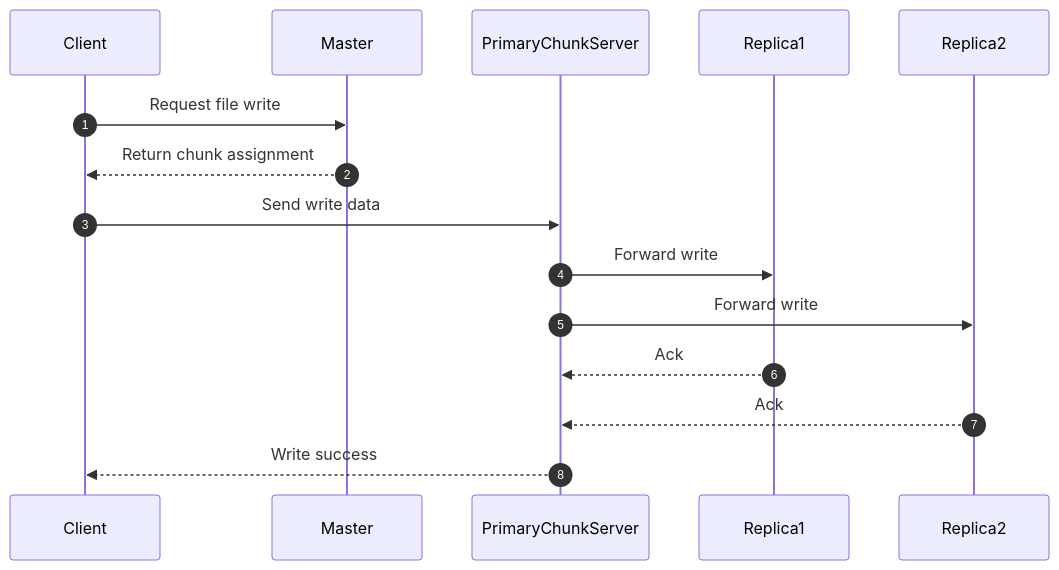
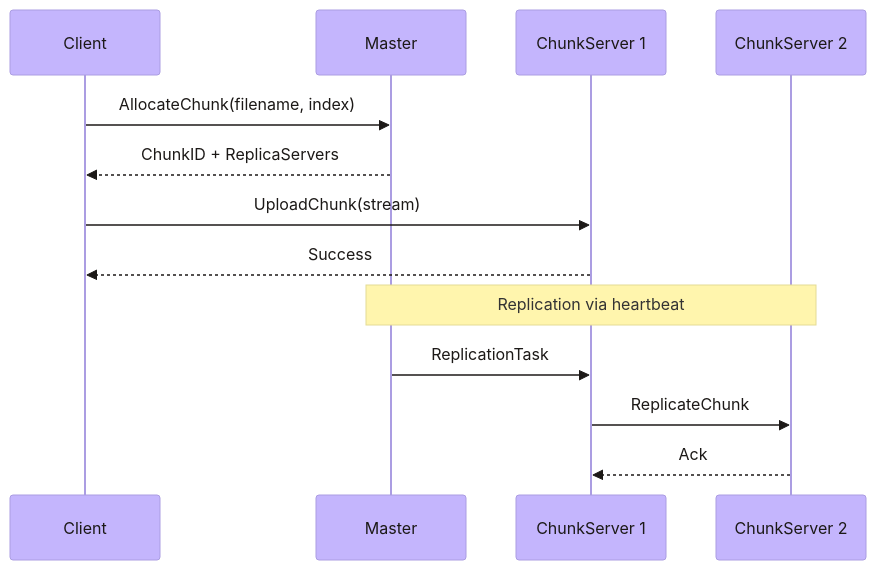
The second of 3 diagrams in README.md (ChiragJS/DFS), drawn with Mermaid before and after one commit. The commit also changed other lines of this file and 2 other files, not shown here.

````diff
--- a/README.md
+++ b/README.md
@@ -102,21 +121,18 @@
 ```mermaid
+%%{init: {'theme': 'base', 'themeVariables': { 'primaryColor': '#c4b5fd', 'secondaryColor': '#93c5fd', 'tertiaryColor': '#fef08a', 'primaryTextColor': '#1c1917', 'lineColor': '#8b5cf6'}}}%%
 sequenceDiagram
-    autonumber
     participant C as Client
     participant M as Master
-    participant P as PrimaryChunkServer
-    participant R1 as Replica1
-    participant R2 as Replica2
+    participant CS1 as ChunkServer 1
+    participant CS2 as ChunkServer 2
 
-    C->>M: Request file write
-    M-->>C: Return chunk assignment
-
-    C->>P: Send write data
-    P->>R1: Forward write
-    P->>R2: Forward write
-
-    R1-->>P: Ack
-    R2-->>P: Ack
-
-    P-->>C: Write success
+    C->>M: AllocateChunk(filename, index)
+    M-->>C: ChunkID + ReplicaServers
+    C->>CS1: UploadChunk(stream)
+    CS1-->>C: Success
+    
+    Note over M,CS2: Replication via heartbeat
+    M->>CS1: ReplicationTask
+    CS1->>CS2: ReplicateChunk
+    CS2-->>CS1: Ack
 ```
````
